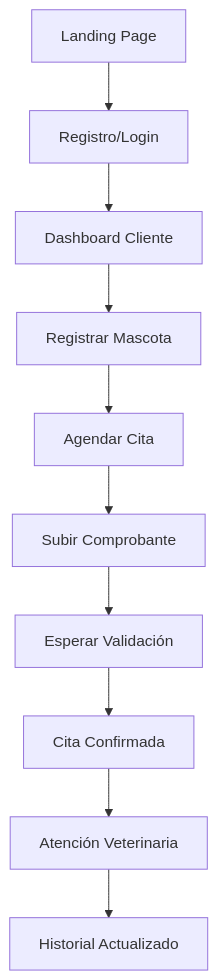
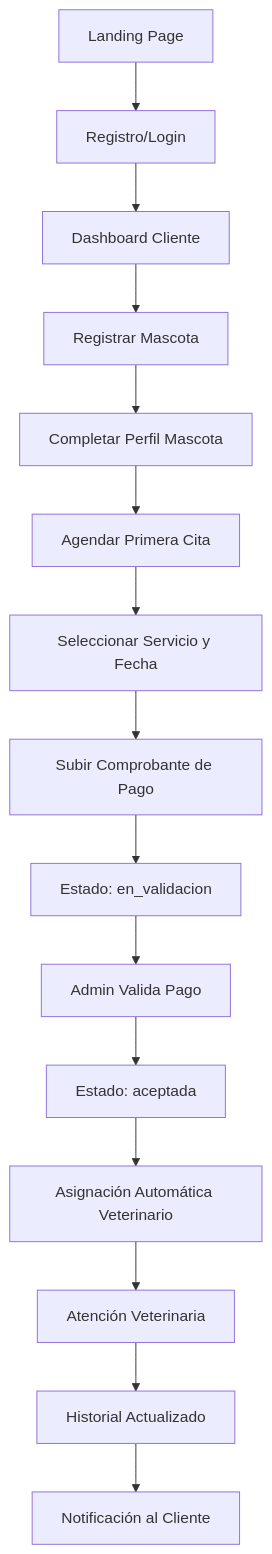
The second of 5 diagrams in README.md (AnalizaJech/PetLA-Front), drawn with Mermaid before and after one commit. The commit also changed other lines of this file, not shown here.

````diff
--- a/README.md
+++ b/README.md
@@ -224,12 +226,17 @@
 ```mermaid
 graph TD
     A[Landing Page] --> B[Registro/Login]
     B --> C[Dashboard Cliente]
     C --> D[Registrar Mascota]
-    D --> E[Agendar Cita]
-    E --> F[Subir Comprobante]
-    F --> G[Esperar Validación]
-    G --> H[Cita Confirmada]
-    H --> I[Atención Veterinaria]
-    I --> J[Historial Actualizado]
+    D --> E[Completar Perfil Mascota]
+    E --> F[Agendar Primera Cita]
+    F --> G[Seleccionar Servicio y Fecha]
+    G --> H[Subir Comprobante de Pago]
+    H --> I[Estado: en_validacion]
+    I --> J[Admin Valida Pago]
+    J --> K[Estado: aceptada]
+    K --> L[Asignación Automática Veterinario]
+    L --> M[Atención Veterinaria]
+    M --> N[Historial Actualizado]
+    N --> O[Notificación al Cliente]
 ```
````
